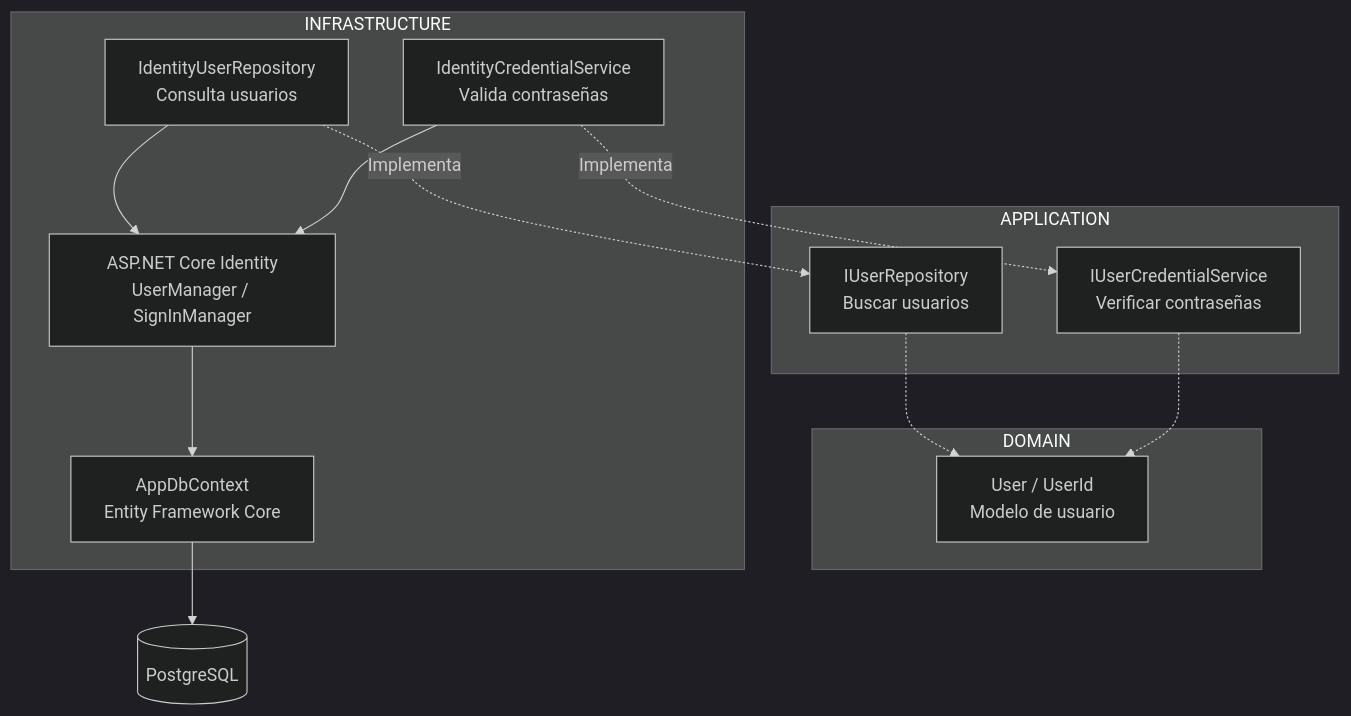
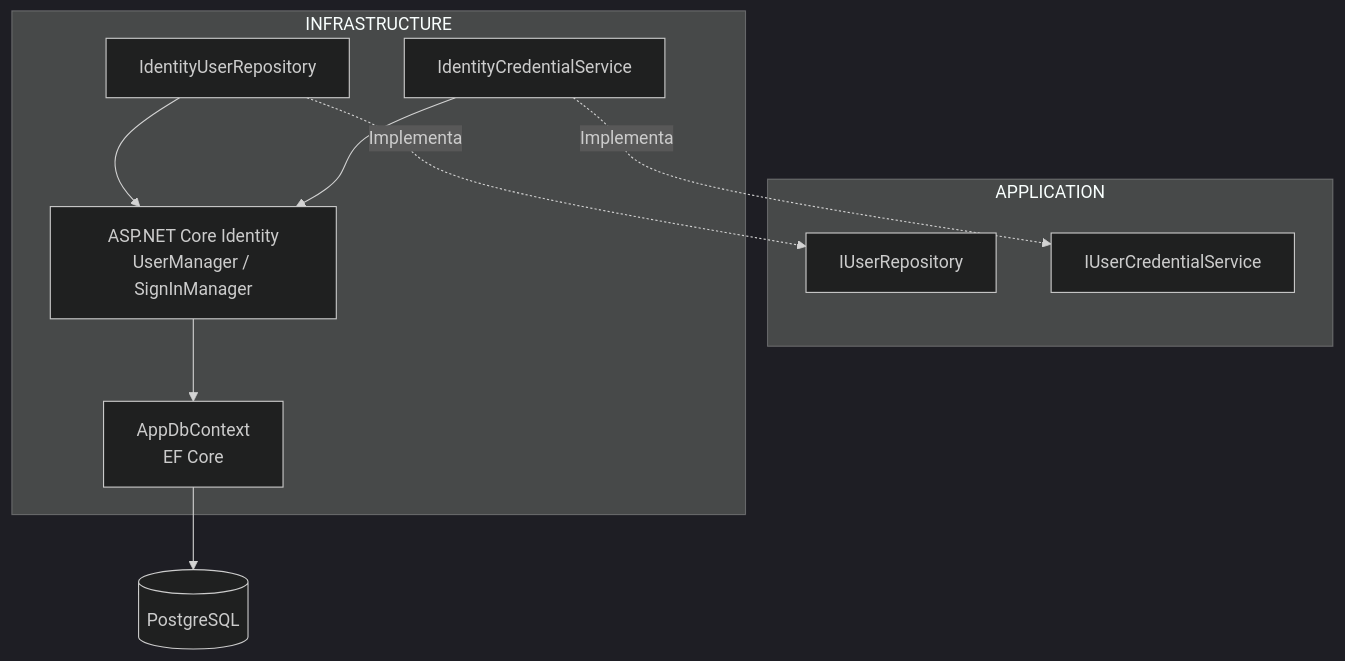
The second of 7 diagrams in specs/implementation/02-identidad-roles-jwt-imp.md (MLahuasi/FEPP-ContaOps), drawn with Mermaid (dark theme) before and after one commit. The commit also changed other lines of this file and 22 other files, not shown here.

````diff
--- a/specs/implementation/02-identidad-roles-jwt-imp.md
+++ b/specs/implementation/02-identidad-roles-jwt-imp.md
@@ -122,32 +54,20 @@
 ```mermaid
 flowchart TB
-    subgraph Domain["DOMAIN"]
-        User["User / UserId<br/>Modelo de usuario"]
+    subgraph Application["APPLICATION"]
+        Repo["IUserRepository"]
+        Cred["IUserCredentialService"]
     end
-
-    subgraph Application["APPLICATION"]
-        Repo["IUserRepository<br/>Buscar usuarios"]
-        Cred["IUserCredentialService<br/>Verificar contraseñas"]
+    subgraph Infrastructure["INFRASTRUCTURE"]
+        UserRepo["IdentityUserRepository"]
+        Pass["IdentityCredentialService"]
+        Identity["ASP.NET Core Identity<br/>UserManager / SignInManager"]
+        Db["AppDbContext<br/>EF Core"]
+        UserRepo --> Identity
+        Pass --> Identity
+        Identity --> Db
     end
-
-    subgraph Infrastructure["INFRASTRUCTURE"]
-        UserRepo["IdentityUserRepository<br/>Consulta usuarios"]
-        CredentialService["IdentityCredentialService<br/>Valida contraseñas"]
-        Identity["ASP.NET Core Identity<br/>UserManager / SignInManager"]
-        DbContext["AppDbContext<br/>Entity Framework Core"]
-
-        UserRepo --> Identity
-        CredentialService --> Identity
-        Identity --> DbContext
-    end
-
-    PostgreSQL[("PostgreSQL")]
-
+    Pg[("PostgreSQL")]
     UserRepo -.->|Implementa| Repo
-    CredentialService -.->|Implementa| Cred
-
-    Repo -.-> User
-    Cred -.-> User
-
-    DbContext --> PostgreSQL
+    Pass -.->|Implementa| Cred
+    Db --> Pg
 ```
````
